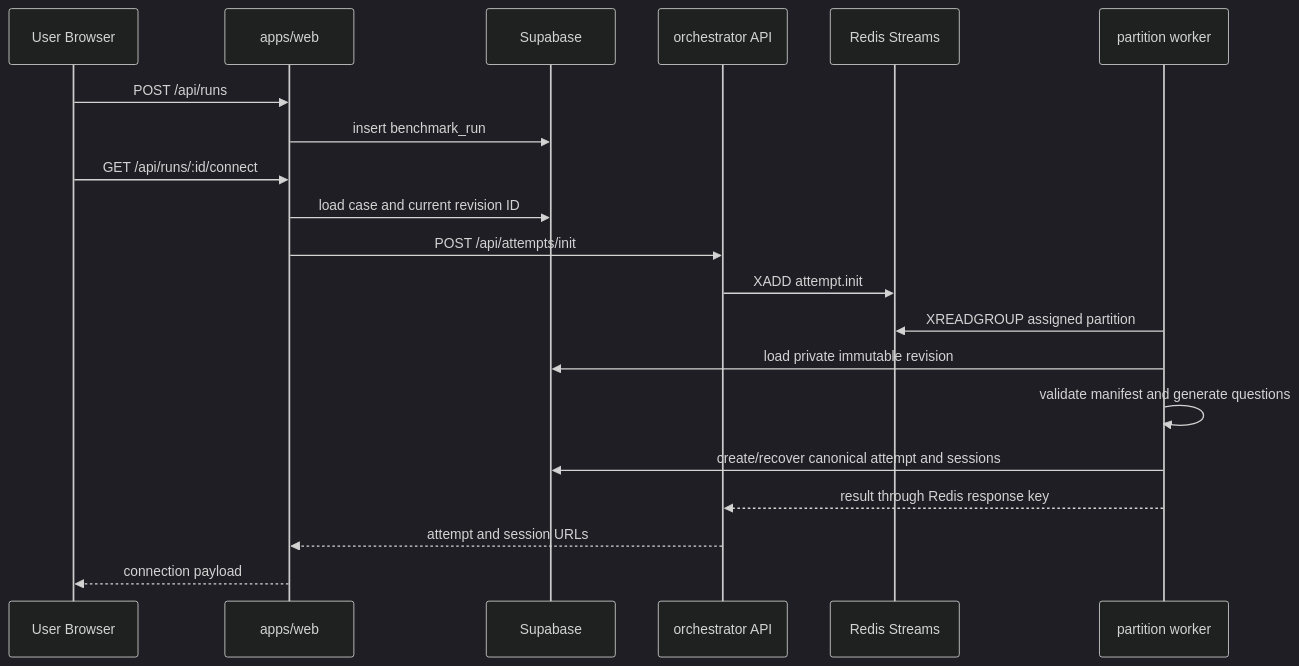
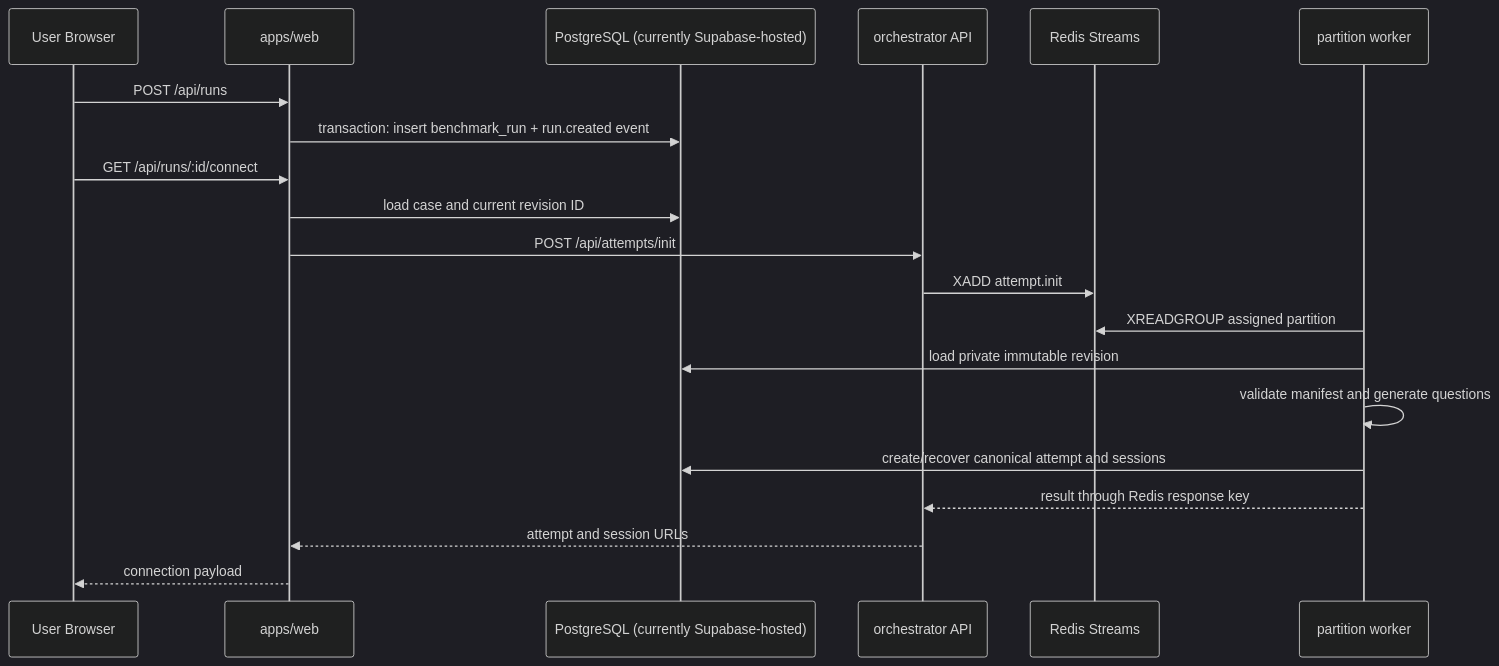
Before and after one commit to Kaiwen0418/agent-benchmark: the first of 5 diagrams in docs/data-flow.md, drawn with Mermaid (dark theme). The commit also changed other lines of this file and 36 other files, not shown here.

````diff
--- a/docs/data-flow.md
+++ b/docs/data-flow.md
@@ -7,23 +7,23 @@
 ```mermaid
 sequenceDiagram
   participant U as User Browser
   participant W as apps/web
-  participant D as Supabase
+  participant D as PostgreSQL (currently Supabase-hosted)
   participant A as orchestrator API
   participant R as Redis Streams
   participant K as partition worker
 
   U->>W: POST /api/runs
-  W->>D: insert benchmark_run
+  W->>D: transaction: insert benchmark_run + run.created event
   U->>W: GET /api/runs/:id/connect
   W->>D: load case and current revision ID
   W->>A: POST /api/attempts/init
   A->>R: XADD attempt.init
   K->>R: XREADGROUP assigned partition
   K->>D: load private immutable revision
   K->>K: validate manifest and generate questions
   K->>D: create/recover canonical attempt and sessions
   K-->>A: result through Redis response key
   A-->>W: attempt and session URLs
   W-->>U: connection payload
 ```
````
